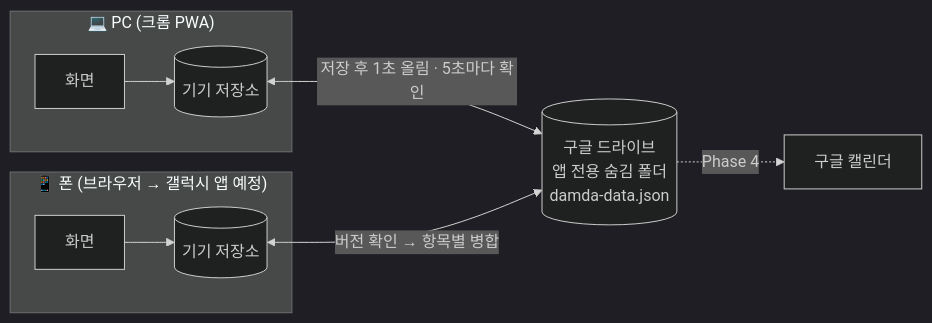
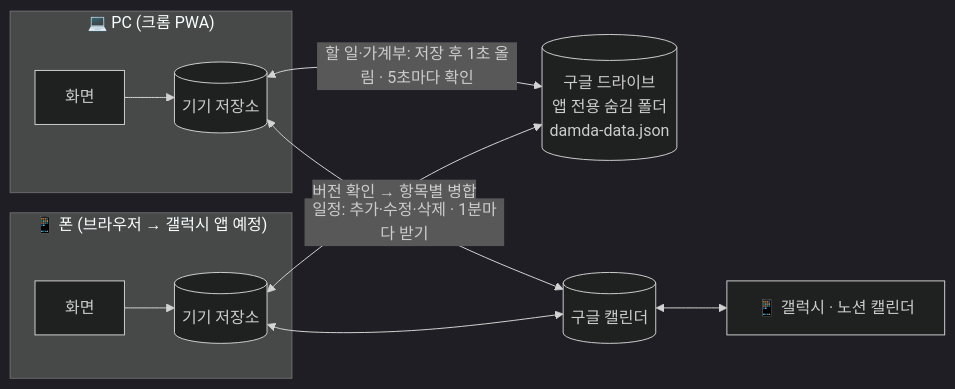
Before and after one commit to Crowtit517/Damda: the diagram in README.md, drawn with Mermaid (dark theme). The commit also changed other lines of this file and 17 other files, not shown here.

First line of the commit message:
Phase 4 완료: 캘린더 자동 연결·자동 옮기기 + 마무리(4-3)

````diff
--- a/README.md
+++ b/README.md
@@ -133,12 +146,14 @@
 ```mermaid
 flowchart LR
   subgraph A["💻 PC (크롬 PWA)"]
     UA[화면] --> SA[(기기 저장소)]
   end
   subgraph B["📱 폰 (브라우저 → 갤럭시 앱 예정)"]
     UB[화면] --> SB[(기기 저장소)]
   end
-  SA <-->|"저장 후 1초 올림 · 5초마다 확인"| D[("구글 드라이브<br/>앱 전용 숨김 폴더<br/>damda-data.json")]
+  SA <-->|"할 일·가계부: 저장 후 1초 올림 · 5초마다 확인"| D[("구글 드라이브<br/>앱 전용 숨김 폴더<br/>damda-data.json")]
   SB <-->|"버전 확인 → 항목별 병합"| D
-  D -.->|"Phase 4"| C[구글 캘린더]
+  SA <-->|"일정: 추가·수정·삭제 · 1분마다 받기"| C[("구글 캘린더")]
+  SB <--> C
+  C <--> P["📱 갤럭시 · 노션 캘린더"]
 ```
````
